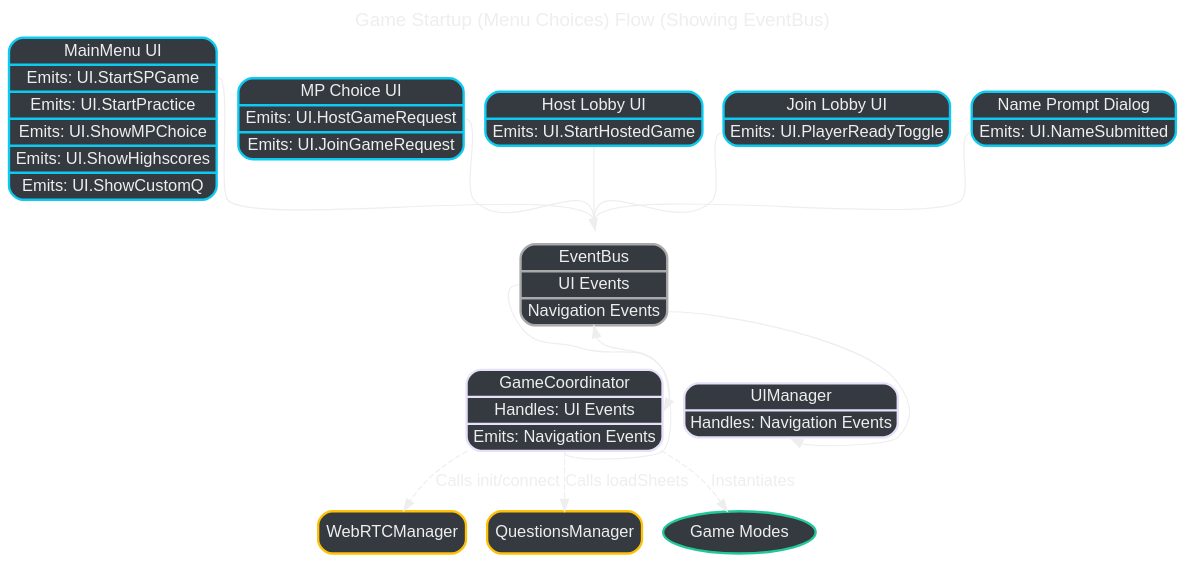
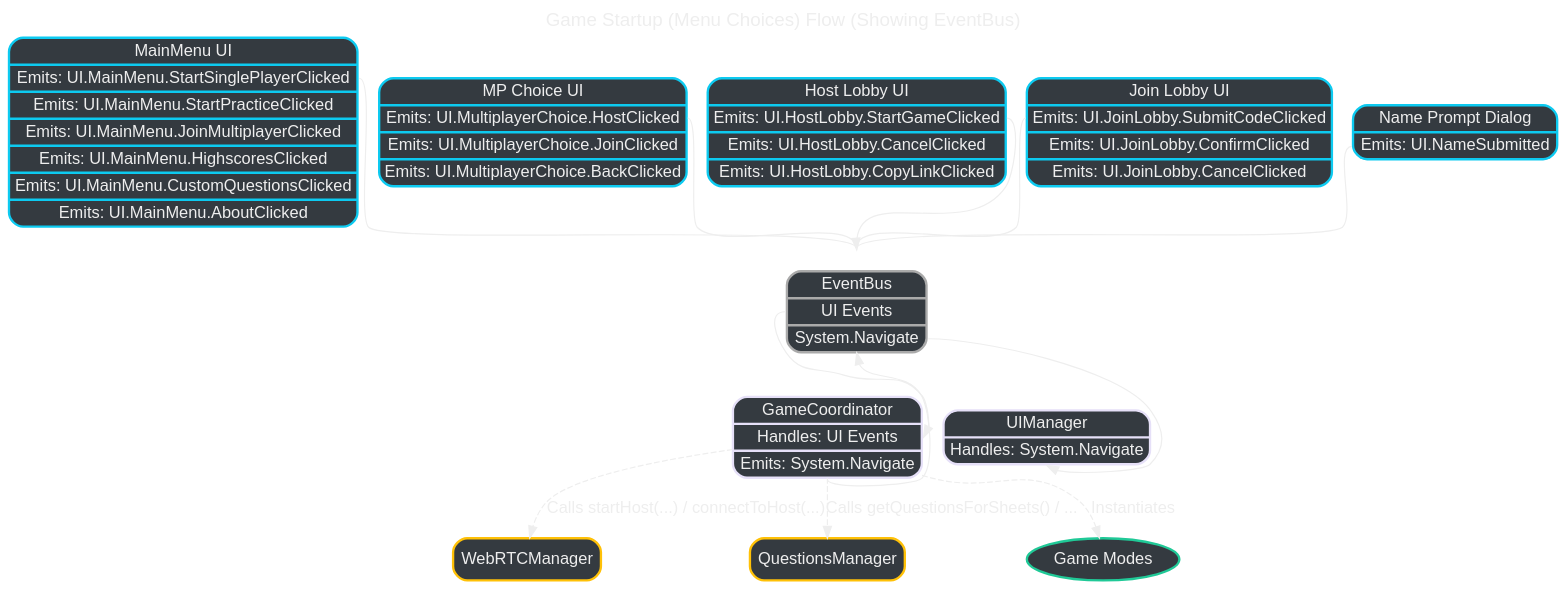
Before and after one commit to SchizoDuckie/unicornpoep: the diagram in v2/docs/3-scenario-game-startup-flow-menus-coordination-with-bus.dot, drawn with Graphviz. The commit also changed 70 other files, not shown here.

```diff
--- a/v2/docs/3-scenario-game-startup-flow-menus-coordination-with-bus.dot
+++ b/v2/docs/3-scenario-game-startup-flow-menus-coordination-with-bus.dot
@@ -1,56 +1,56 @@
 digraph GameStartup_WithBus {
     rankdir=TD;
     sep="0.6";
     overlap=false;
     concentrate=true;
     bgcolor="transparent";
     fontname="Arial";
     node [shape=box, style="rounded,filled", fontcolor="#eeeeee", color="#eeeeee", fontname="Arial"];
     edge [fontcolor="#eeeeee", color="#eeeeee", fontname="Arial"];
     graph [label="Game Startup (Menu Choices) Flow (Showing EventBus)", labelloc=t, fontsize=16, fontcolor="#eeeeee"];
 
     // Node Styles (Dark fill, specific border remains)
     MainMenuComponent [shape="record", fillcolor="#343a40", color="#0dcaf0", penwidth=2,
-                       label="{ MainMenu UI | {<emits_sp> Emits: UI.StartSPGame} | {<emits_pr> Emits: UI.StartPractice} | {<emits_mp> Emits: UI.ShowMPChoice} | {<emits_hs> Emits: UI.ShowHighscores} | {<emits_cq> Emits: UI.ShowCustomQ} }"];
+                       label="{ MainMenu UI | {<emits_sp> Emits: UI.MainMenu.StartSinglePlayerClicked} | {<emits_pr> Emits: UI.MainMenu.StartPracticeClicked} | {<emits_mp> Emits: UI.MainMenu.JoinMultiplayerClicked} | {<emits_hs> Emits: UI.MainMenu.HighscoresClicked} | {<emits_cq> Emits: UI.MainMenu.CustomQuestionsClicked} | {<emits_about> Emits: UI.MainMenu.AboutClicked} }"];
     MultiplayerChoiceComponent [shape="record", fillcolor="#343a40", color="#0dcaf0", penwidth=2,
-                                label="{ MP Choice UI | {<emits_host> Emits: UI.HostGameRequest} | {<emits_join> Emits: UI.JoinGameRequest} }"];
+                                label="{ MP Choice UI | {<emits_host> Emits: UI.MultiplayerChoice.HostClicked} | {<emits_join> Emits: UI.MultiplayerChoice.JoinClicked} | {<emits_back> Emits: UI.MultiplayerChoice.BackClicked} }"];
     HostLobbyComponent [shape="record", fillcolor="#343a40", color="#0dcaf0", penwidth=2,
-                        label="{ Host Lobby UI | {<emits_start> Emits: UI.StartHostedGame} }"]; // Example
+                        label="{ Host Lobby UI | {<emits_start> Emits: UI.HostLobby.StartGameClicked} | {<emits_cancel> Emits: UI.HostLobby.CancelClicked} | {<emits_copy> Emits: UI.HostLobby.CopyLinkClicked} }"];
     JoinLobbyComponent [shape="record", fillcolor="#343a40", color="#0dcaf0", penwidth=2,
-                        label="{ Join Lobby UI | {<emits_ready> Emits: UI.PlayerReadyToggle} }"]; // Example
+                        label="{ Join Lobby UI | {<emits_submit> Emits: UI.JoinLobby.SubmitCodeClicked} | {<emits_confirm> Emits: UI.JoinLobby.ConfirmClicked} | {<emits_cancel> Emits: UI.JoinLobby.CancelClicked} }"];
     NamePromptDialog [shape="record", fillcolor="#343a40", color="#0dcaf0", penwidth=2,
                       label="{ Name Prompt Dialog | {<emits_name> Emits: UI.NameSubmitted} }"];
     GameCoordinator [shape="record", fillcolor="#343a40", color="#e6e0f8", penwidth=2,
-                     label="{ GameCoordinator | {<handles_ui> Handles: UI Events} | {<emits_nav> Emits: Navigation Events} }"]; // Handles the grouped UI Event
+                     label="{ GameCoordinator | {<handles_ui> Handles: UI Events} | {<emits_nav> Emits: System.Navigate} }"]; // Handles the grouped UI Event
     UIManager [shape="record", fillcolor="#343a40", color="#e6e0f8", penwidth=2,
-               label="{ UIManager | {<handles_nav> Handles: Navigation Events} }"];
+               label="{ UIManager | {<handles_nav> Handles: System.Navigate} }"];
     WebRTCManager [label="WebRTCManager", fillcolor="#343a40", color="#ffc107", penwidth=2]; // Passive target
     QuestionsManager [label="QuestionsManager", fillcolor="#343a40", color="#ffc107", penwidth=2]; // Passive target
     GameModes [label="Game Modes", fillcolor="#343a40", color="#20c997", penwidth=2, shape=ellipse]; // Passive target
 
     // EventBus: Shows relevant UI and Navigation event groups
     EventBus [shape="record", fillcolor="#343a40", color="#aaaaaa", penwidth=2,
-              label="{ EventBus | {<evUI> UI Events} | {<evNav> Navigation Events} }"]; // evUI is the target for all specific UI emits
+              label="{ EventBus | {<evUI> UI Events} | {<evNav> System.Navigate} }"]; // evUI is the target for all specific UI emits
 
     // 1. User Actions -> Event Bus (Specific Events feeding into Grouped Port)
-    MainMenuComponent:emits_sp -> EventBus:evUI; MainMenuComponent:emits_pr -> EventBus:evUI; MainMenuComponent:emits_mp -> EventBus:evUI; MainMenuComponent:emits_hs -> EventBus:evUI; MainMenuComponent:emits_cq -> EventBus:evUI;
-    MultiplayerChoiceComponent:emits_host -> EventBus:evUI; MultiplayerChoiceComponent:emits_join -> EventBus:evUI;
+    MainMenuComponent:emits_sp -> EventBus:evUI; MainMenuComponent:emits_pr -> EventBus:evUI; MainMenuComponent:emits_mp -> EventBus:evUI; MainMenuComponent:emits_hs -> EventBus:evUI; MainMenuComponent:emits_cq -> EventBus:evUI; MainMenuComponent:emits_about -> EventBus:evUI;
+    MultiplayerChoiceComponent:emits_host -> EventBus:evUI; MultiplayerChoiceComponent:emits_join -> EventBus:evUI; MultiplayerChoiceComponent:emits_back -> EventBus:evUI;
     NamePromptDialog:emits_name -> EventBus:evUI;
-    HostLobbyComponent:emits_start -> EventBus:evUI;
-    JoinLobbyComponent:emits_ready -> EventBus:evUI;
+    HostLobbyComponent:emits_start -> EventBus:evUI; HostLobbyComponent:emits_cancel -> EventBus:evUI; HostLobbyComponent:emits_copy -> EventBus:evUI;
+    JoinLobbyComponent:emits_submit -> EventBus:evUI; JoinLobbyComponent:emits_confirm -> EventBus:evUI; JoinLobbyComponent:emits_cancel -> EventBus:evUI;
 
     // 2. Event Bus -> Game Coordinator (Handles Grouped Event)
     EventBus:evUI -> GameCoordinator:handles_ui;
 
     // 3. Game Coordinator Actions (Direct Calls)
-    GameCoordinator -> WebRTCManager [label=" Calls init/connect", style=dashed];
-    GameCoordinator -> QuestionsManager [label=" Calls loadSheets", style=dashed];
+    GameCoordinator -> WebRTCManager [label=" Calls startHost(...) / connectToHost(...)", style=dashed];
+    GameCoordinator -> QuestionsManager [label=" Calls getQuestionsForSheets() / ...", style=dashed];
     GameCoordinator -> GameModes [label=" Instantiates", style=dashed];
 
     // 4. Game Coordinator triggers navigation (Event)
     GameCoordinator:emits_nav -> EventBus:evNav;
 
     // 5. Navigation handled by UIManager (Event)
     EventBus:evNav -> UIManager:handles_nav;
     // UIManager would then call show() on relevant components (not shown for brevity)
 } 
```
